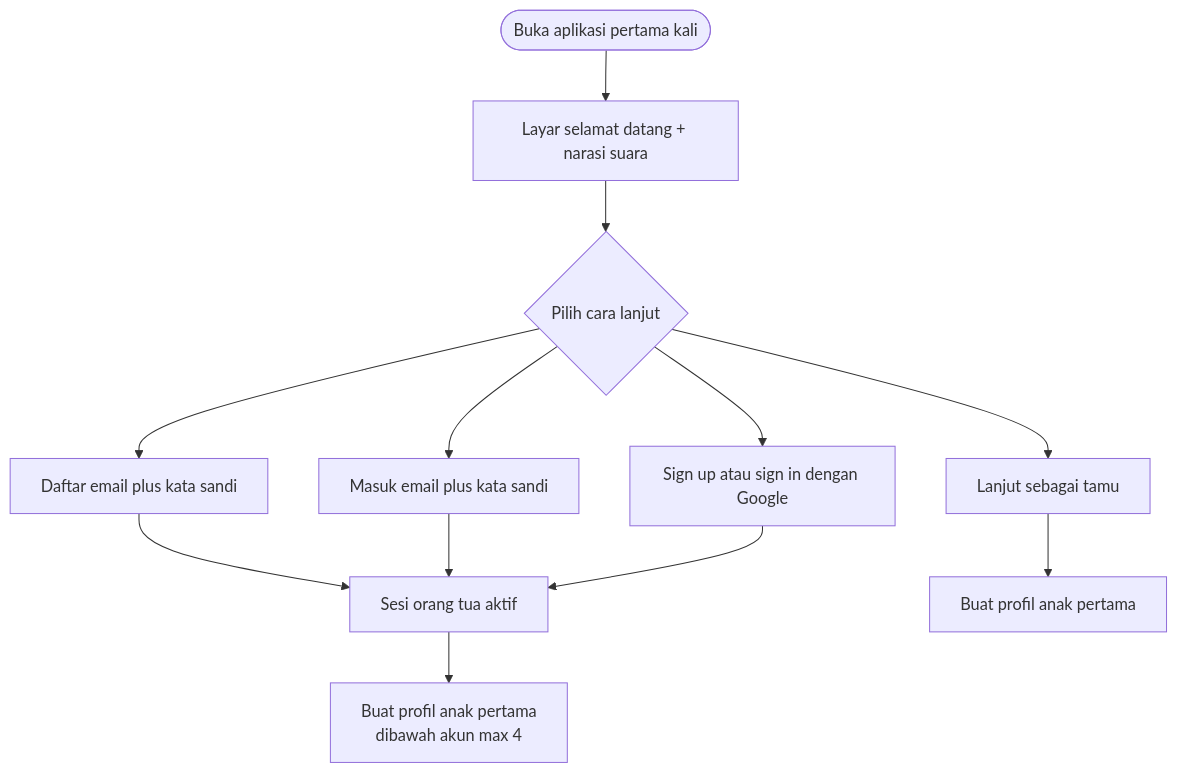
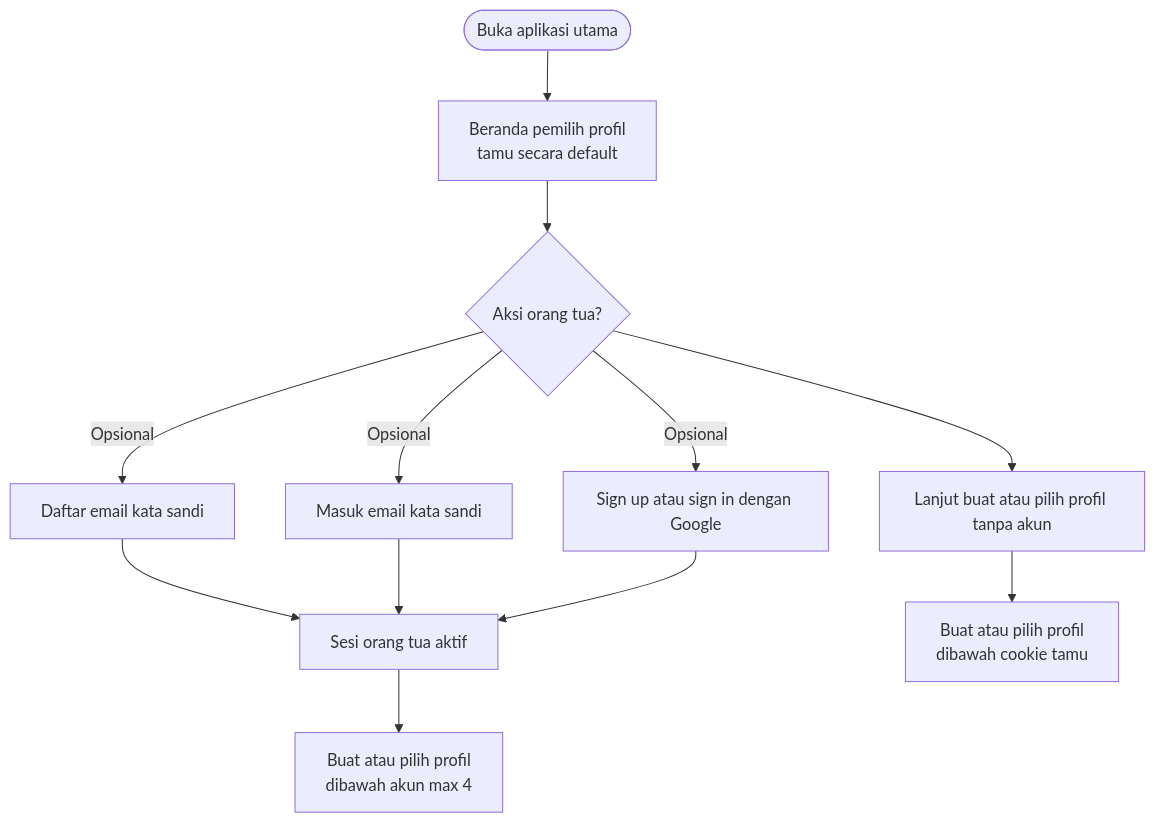
The first of 5 diagrams in docs/PRD.md (mohamad-amujaki/game_edukatif_anak), drawn with Mermaid before and after one commit. The commit also changed other lines of this file and 9 other files, not shown here.

````diff
--- a/docs/PRD.md
+++ b/docs/PRD.md
@@ -255,14 +255,14 @@
 ```mermaid
 flowchart TD
-    Start([Buka aplikasi pertama kali]) --> Welcome[Layar selamat datang + narasi suara]
-    Welcome --> Choice{Pilih cara lanjut}
-    Choice --> SignUp[Daftar email plus kata sandi]
-    Choice --> SignIn[Masuk email plus kata sandi]
-    Choice --> Google[Sign up atau sign in dengan Google]
-    Choice --> Guest[Lanjut sebagai tamu]
+    Start([Buka aplikasi utama]) --> Home[Beranda pemilih profil<br/>tamu secara default]
+    Home --> Choice{Aksi orang tua?}
+    Choice -->|"Opsional"| SignUp[Daftar email kata sandi]
+    Choice -->|"Opsional"| SignIn[Masuk email kata sandi]
+    Choice -->|"Opsional"| Google[Sign up atau sign in dengan Google]
+    Choice --> Skip[Lanjut buat atau pilih profil tanpa akun]
     SignUp --> AuthOk[Sesi orang tua aktif]
     SignIn --> AuthOk
     Google --> AuthOk
-    Guest --> CreateGuest[Buat profil anak pertama]
-    AuthOk --> CreateAccount[Buat profil anak pertama<br/>dibawah akun max 4]
+    Skip --> CreateGuest[Buat atau pilih profil<br/>dibawah cookie tamu]
+    AuthOk --> CreateAccount[Buat atau pilih profil<br/>dibawah akun max 4]
 ```
````
